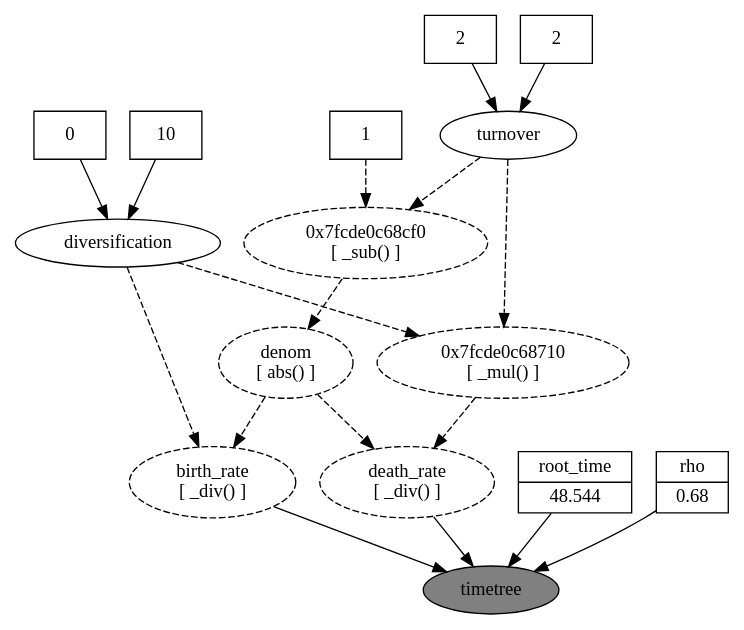
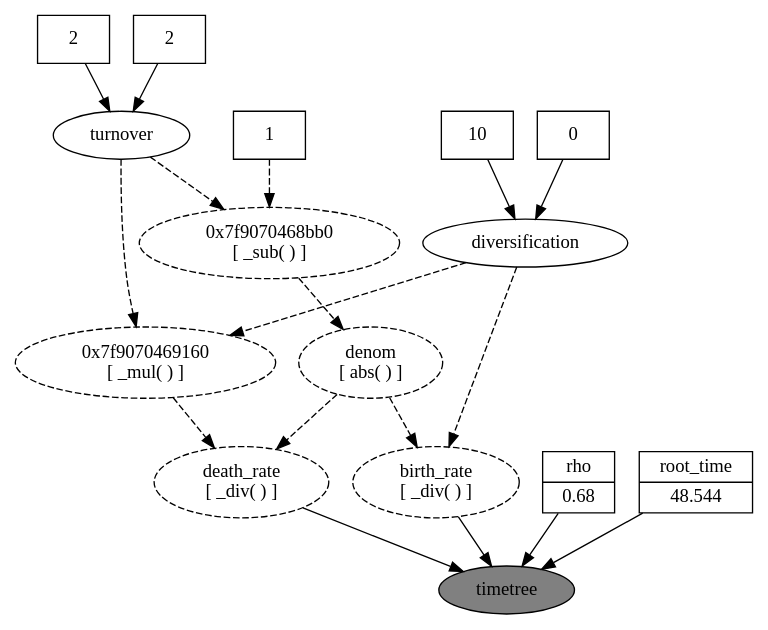
One commit to revbayes/revbayes.archive changed the diagram in tutorials/RB_TimeTree_Tutorials/RB_Diversification_Exercise/RB_diversification_files/output/m_BD_modelgraph.dot. Above: the diagram before and after it, drawn with Graphviz. The commit also changed 1 other file, not shown here.

```diff
--- a/tutorials/RB_TimeTree_Tutorials/RB_Diversification_Exercise/RB_diversification_files/output/m_BD_modelgraph.dot
+++ b/tutorials/RB_TimeTree_Tutorials/RB_Diversification_Exercise/RB_diversification_files/output/m_BD_modelgraph.dot
@@ -1,34 +1,34 @@
 digraph REVDAG {
-   n_0x7fcde0c68590 [shape=box, style=filled, fillcolor=white, label="10"]
-   n_0x7fcde0c68620 [shape=box, style=filled, fillcolor=white, label="0"]
    n_diversification [shape=oval, style=filled, fillcolor=white, label="diversification"]
-   n_denom [shape=oval, style="dashed,filled", fillcolor=white, label="denom\n[ abs() ]"]
-   n_0x7fcde0c68cf0 [shape=oval, style="dashed,filled", fillcolor=white, label="0x7fcde0c68cf0\n[ _sub() ]"]
-   n_0x7fcde0c68fb0 [shape=box, style=filled, fillcolor=white, label="1"]
+   n_birth_rate [shape=oval, style="dashed,filled", fillcolor=white, label="birth_rate\n[ _div( ) ]"]
+   n_0x7f90704685a0 [shape=box, style=filled, fillcolor=white, label="10"]
+   n_0x7f9070468630 [shape=box, style=filled, fillcolor=white, label="0"]
+   n_denom [shape=oval, style="dashed,filled", fillcolor=white, label="denom\n[ abs( ) ]"]
+   n_0x7f9070468bb0 [shape=oval, style="dashed,filled", fillcolor=white, label="0x7f9070468bb0\n[ _sub( ) ]"]
    n_turnover [shape=oval, style=filled, fillcolor=white, label="turnover"]
-   n_0x7fcde0c68b70 [shape=box, style=filled, fillcolor=white, label="2"]
-   n_0x7fcde0c68c00 [shape=box, style=filled, fillcolor=white, label="2"]
-   n_0x7fcde0c68710 [shape=oval, style="dashed,filled", fillcolor=white, label="0x7fcde0c68710\n[ _mul() ]"]
-   n_death_rate [shape=oval, style="dashed,filled", fillcolor=white, label="death_rate\n[ _div() ]"]
+   n_0x7f9070468fb0 [shape=box, style=filled, fillcolor=white, label="2"]
+   n_0x7f9070469070 [shape=box, style=filled, fillcolor=white, label="2"]
+   n_0x7f9070469160 [shape=oval, style="dashed,filled", fillcolor=white, label="0x7f9070469160\n[ _mul( ) ]"]
+   n_death_rate [shape=oval, style="dashed,filled", fillcolor=white, label="death_rate\n[ _div( ) ]"]
    n_timetree [shape=oval, style=filled, fillcolor=gray, label="timetree"]
-   n_birth_rate [shape=oval, style="dashed,filled", fillcolor=white, label="birth_rate\n[ _div() ]"]
+   n_rho [shape=record, style=filled, fillcolor=white, label="{rho|0.68}"]
    n_root_time [shape=record, style=filled, fillcolor=white, label="{root_time|48.544}"]
-   n_rho [shape=record, style=filled, fillcolor=white, label="{rho|0.68}"]
-   n_0x7fcde0c68590 -> n_diversification
-   n_0x7fcde0c68620 -> n_diversification
-   n_diversification -> n_0x7fcde0c68710[style=dashed]
+   n_0x7f907046af30 [shape=box, style=filled, fillcolor=white, label="1"]
    n_diversification -> n_birth_rate[style=dashed]
+   n_diversification -> n_0x7f9070469160[style=dashed]
+   n_birth_rate -> n_timetree
+   n_0x7f90704685a0 -> n_diversification
+   n_0x7f9070468630 -> n_diversification
+   n_denom -> n_birth_rate[style=dashed]
    n_denom -> n_death_rate[style=dashed]
-   n_denom -> n_birth_rate[style=dashed]
-   n_0x7fcde0c68cf0 -> n_denom[style=dashed]
-   n_0x7fcde0c68fb0 -> n_0x7fcde0c68cf0[style=dashed]
-   n_turnover -> n_0x7fcde0c68710[style=dashed]
-   n_turnover -> n_0x7fcde0c68cf0[style=dashed]
-   n_0x7fcde0c68b70 -> n_turnover
-   n_0x7fcde0c68c00 -> n_turnover
-   n_0x7fcde0c68710 -> n_death_rate[style=dashed]
+   n_0x7f9070468bb0 -> n_denom[style=dashed]
+   n_turnover -> n_0x7f9070468bb0[style=dashed]
+   n_turnover -> n_0x7f9070469160[style=dashed]
+   n_0x7f9070468fb0 -> n_turnover
+   n_0x7f9070469070 -> n_turnover
+   n_0x7f9070469160 -> n_death_rate[style=dashed]
    n_death_rate -> n_timetree
-   n_birth_rate -> n_timetree
+   n_rho -> n_timetree
    n_root_time -> n_timetree
-   n_rho -> n_timetree
+   n_0x7f907046af30 -> n_0x7f9070468bb0[style=dashed]
 }
```
